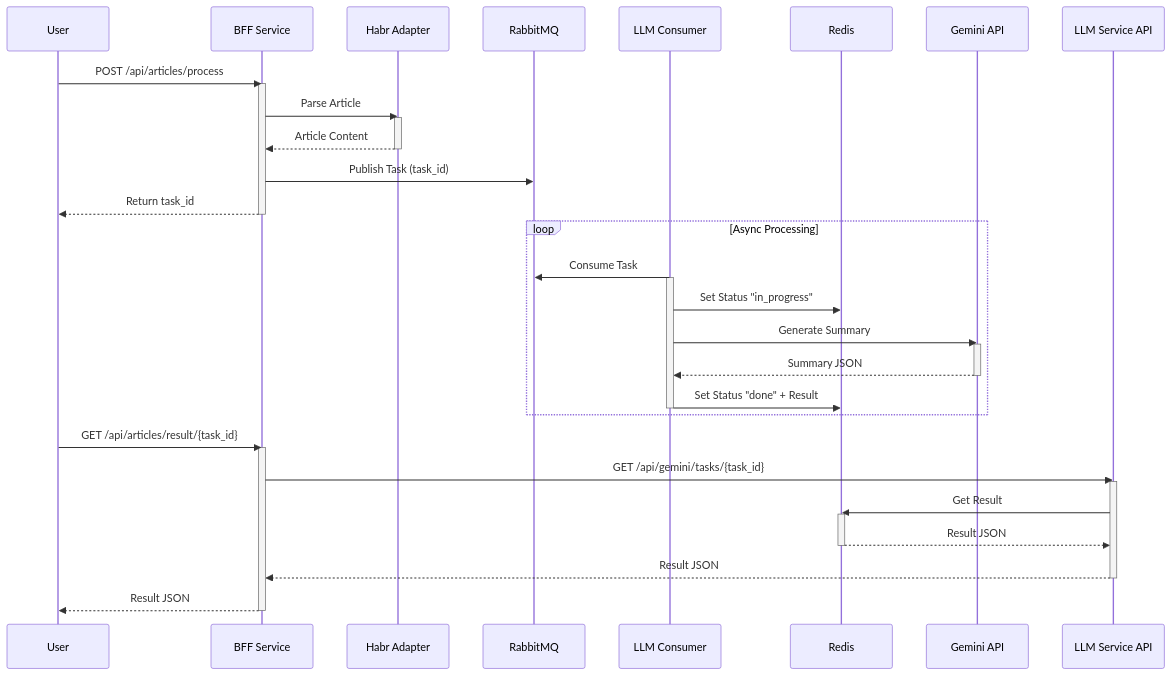
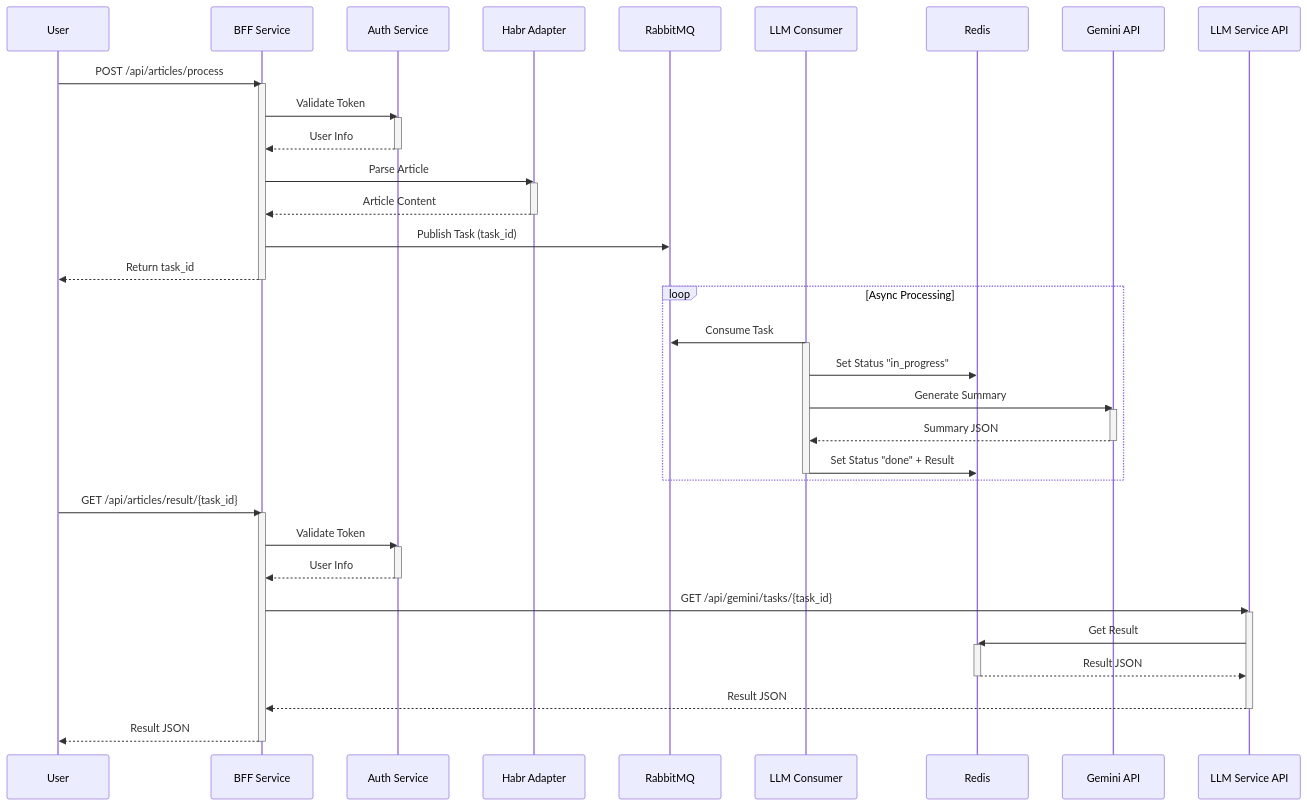
The diagram in README.md (ddreamboy/habr_parser_ai), drawn with Mermaid before and after one commit. The commit also changed other lines of this file, not shown here.

````diff
--- a/README.md
+++ b/README.md
@@ -43,46 +46,55 @@
 ```mermaid
 sequenceDiagram
     participant User
     participant BFF as BFF Service
+    participant Auth as Auth Service
     participant Habr as Habr Adapter
     participant RMQ as RabbitMQ
     participant Worker as LLM Consumer
     participant Redis
     participant Gemini as Gemini API
     participant LLMAPI as LLM Service API
 
     User->>BFF: POST /api/articles/process
     activate BFF
+    BFF->>Auth: Validate Token
+    activate Auth
+    Auth-->>BFF: User Info
+    deactivate Auth
     BFF->>Habr: Parse Article
     activate Habr
     Habr-->>BFF: Article Content
     deactivate Habr
     BFF->>RMQ: Publish Task (task_id)
     BFF-->>User: Return task_id
     deactivate BFF
 
     loop Async Processing
         Worker->>RMQ: Consume Task
         activate Worker
         Worker->>Redis: Set Status "in_progress"
         Worker->>Gemini: Generate Summary
         activate Gemini
         Gemini-->>Worker: Summary JSON
         deactivate Gemini
         Worker->>Redis: Set Status "done" + Result
         deactivate Worker
     end
 
     User->>BFF: GET /api/articles/result/{task_id}
     activate BFF
+    BFF->>Auth: Validate Token
+    activate Auth
+    Auth-->>BFF: User Info
+    deactivate Auth
     BFF->>LLMAPI: GET /api/gemini/tasks/{task_id}
     activate LLMAPI
     LLMAPI->>Redis: Get Result
     activate Redis
     Redis-->>LLMAPI: Result JSON
     deactivate Redis
     LLMAPI-->>BFF: Result JSON
     deactivate LLMAPI
     BFF-->>User: Result JSON
     deactivate BFF
 ```
````
